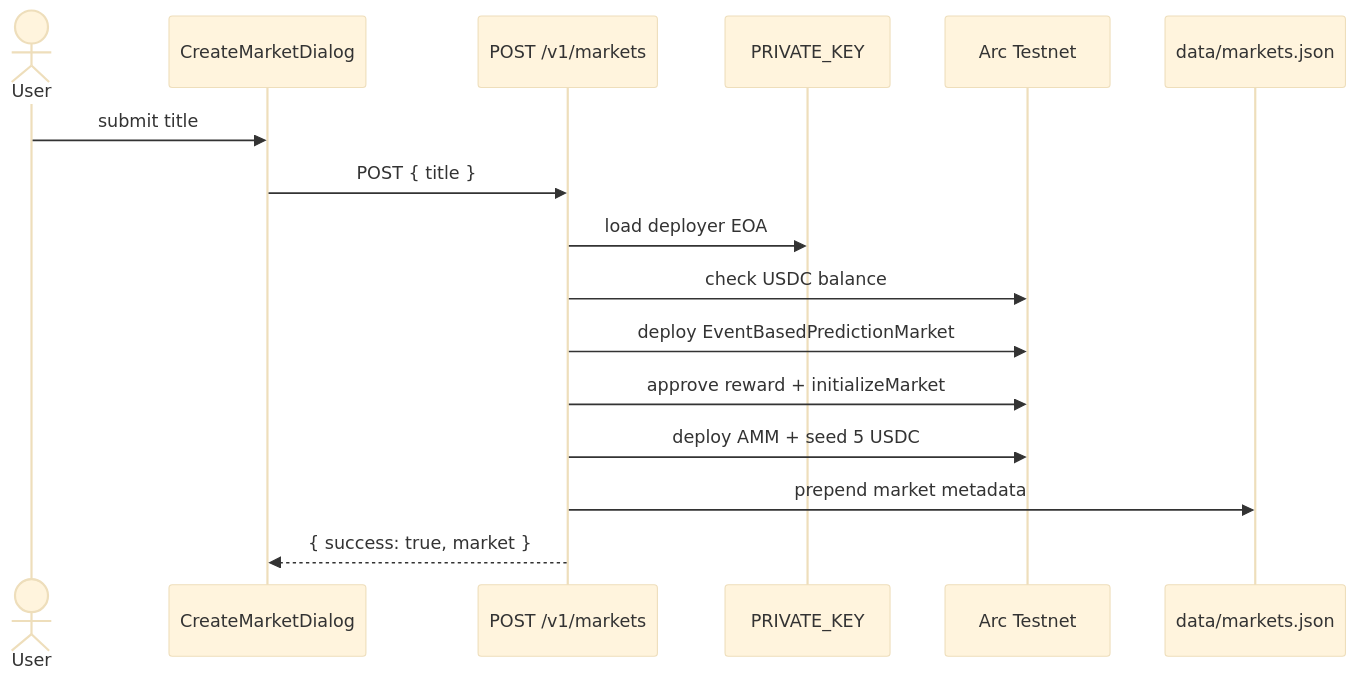
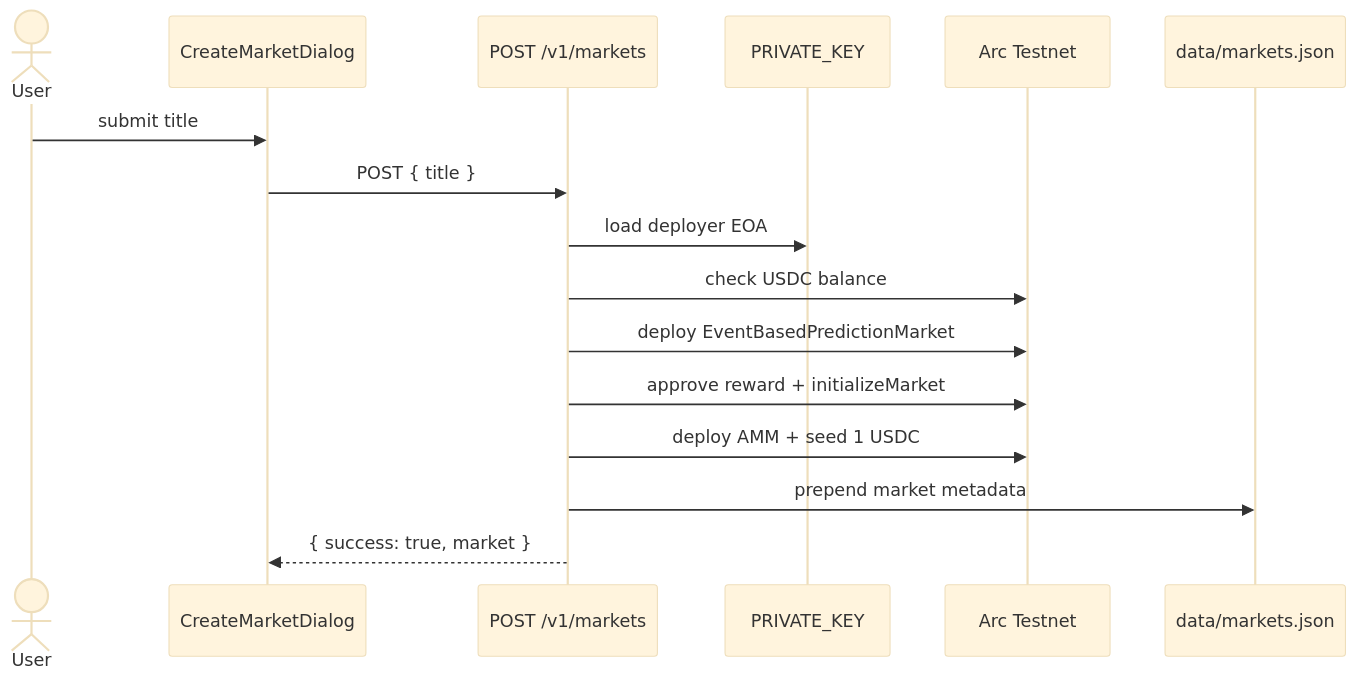
The seventh of 9 diagrams in docs/architecture-diagram.md (Kirashchuk/Predict-Edge), drawn with Mermaid (base theme) before and after one commit. The commit also changed other lines of this file and 50 other files, not shown here.

````diff
--- a/docs/architecture-diagram.md
+++ b/docs/architecture-diagram.md
@@ -199,19 +195,19 @@
 ```mermaid
 sequenceDiagram
     actor U as User
     participant Dialog as CreateMarketDialog
     participant Api as POST /v1/markets
     participant Key as PRIVATE_KEY
     participant Chain as Arc Testnet
     participant Store as data/markets.json
 
     U->>Dialog: submit title
     Dialog->>Api: POST { title }
     Api->>Key: load deployer EOA
     Api->>Chain: check USDC balance
     Api->>Chain: deploy EventBasedPredictionMarket
     Api->>Chain: approve reward + initializeMarket
-    Api->>Chain: deploy AMM + seed 5 USDC
+    Api->>Chain: deploy AMM + seed 1 USDC
     Api->>Store: prepend market metadata
     Api-->>Dialog: { success: true, market }
 ```
````
